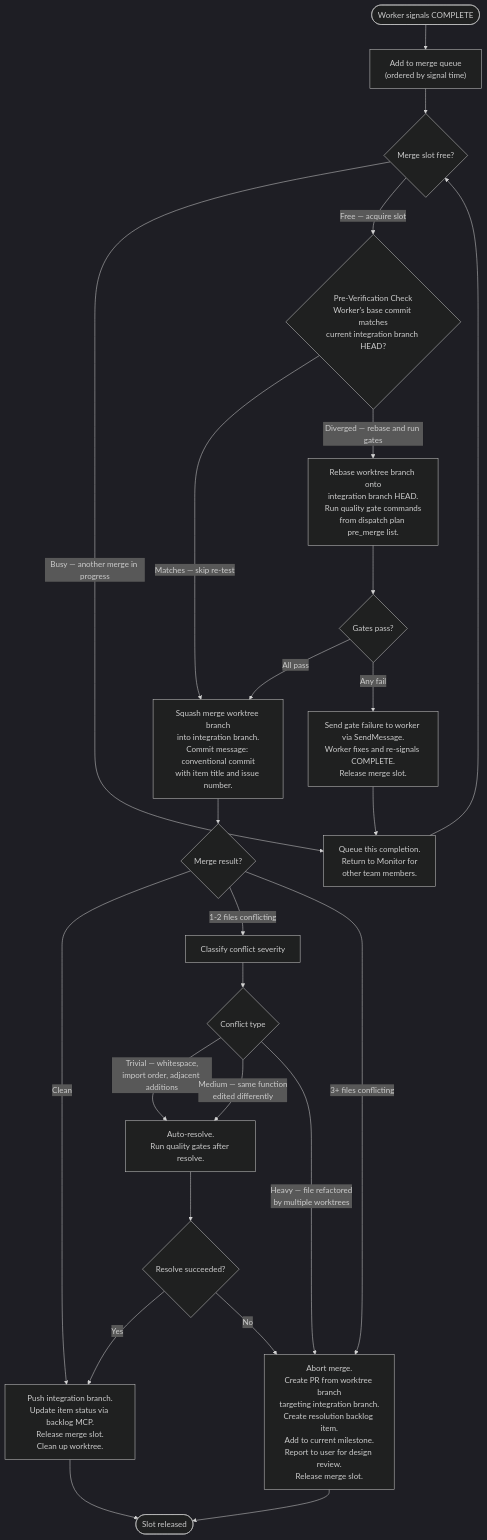
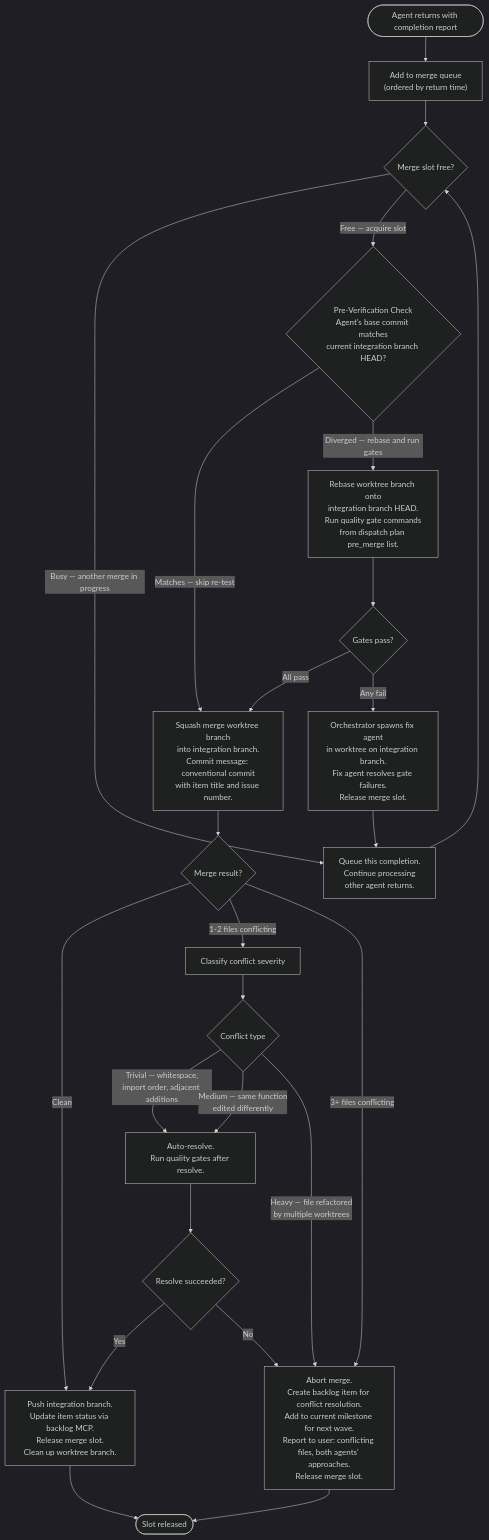
Before and after one commit to chgreer1070/claude_skills: the first of 2 diagrams in plugins/development-harness/skills/work-milestone/references/merge-queue-protocol.md, drawn with Mermaid (dark theme). The commit also changed other lines of this file and 15 other files, not shown here.

First line of the commit message:
feat(work-milestone): redesign from TeamCreate to worktree agent dispatch

````diff
--- a/plugins/development-harness/skills/work-milestone/references/merge-queue-protocol.md
+++ b/plugins/development-harness/skills/work-milestone/references/merge-queue-protocol.md
@@ -7,39 +12,39 @@
 ```mermaid
 flowchart TD
-    Signal(["Worker signals COMPLETE"]) --> Queue["Add to merge queue<br>(ordered by signal time)"]
+    Signal(["Agent returns with completion report"]) --> Queue["Add to merge queue<br>(ordered by return time)"]
     Queue --> Slot{"Merge slot free?"}
-    Slot -->|"Busy — another merge in progress"| Wait["Queue this completion.<br>Return to Monitor for<br>other team members."]
+    Slot -->|"Busy — another merge in progress"| Wait["Queue this completion.<br>Continue processing<br>other agent returns."]
     Wait --> Slot
     Slot -->|"Free — acquire slot"| PreVerify
 
-    PreVerify{"Pre-Verification Check<br>Worker's base commit matches<br>current integration branch HEAD?"}
+    PreVerify{"Pre-Verification Check<br>Agent's base commit matches<br>current integration branch HEAD?"}
     PreVerify -->|"Matches — skip re-test"| AttemptMerge
     PreVerify -->|"Diverged — rebase and run gates"| RunGates
 
     RunGates["Rebase worktree branch onto<br>integration branch HEAD.<br>Run quality gate commands<br>from dispatch plan pre_merge list."]
     RunGates --> GatesResult{"Gates pass?"}
     GatesResult -->|"All pass"| AttemptMerge
-    GatesResult -->|"Any fail"| GateFail["Send gate failure to worker via SendMessage.<br>Worker fixes and re-signals COMPLETE.<br>Release merge slot."]
+    GatesResult -->|"Any fail"| GateFail["Orchestrator spawns fix agent<br>in worktree on integration branch.<br>Fix agent resolves gate failures.<br>Release merge slot."]
     GateFail --> Wait
 
     AttemptMerge["Squash merge worktree branch<br>into integration branch.<br>Commit message: conventional commit<br>with item title and issue number."]
     AttemptMerge --> MergeResult{"Merge result?"}
 
-    MergeResult -->|"Clean"| Success["Push integration branch.<br>Update item status via backlog MCP.<br>Release merge slot.<br>Clean up worktree."]
+    MergeResult -->|"Clean"| Success["Push integration branch.<br>Update item status via backlog MCP.<br>Release merge slot.<br>Clean up worktree branch."]
 
     MergeResult -->|"1-2 files conflicting"| Classify["Classify conflict severity"]
     Classify --> Severity{"Conflict type"}
 
     Severity -->|"Trivial — whitespace,<br>import order, adjacent additions"| AutoResolve["Auto-resolve.<br>Run quality gates after resolve."]
     Severity -->|"Medium — same function<br>edited differently"| AutoResolve
     AutoResolve --> AutoResult{"Resolve succeeded?"}
     AutoResult -->|"Yes"| Success
     AutoResult -->|"No"| AssignBack
 
     Severity -->|"Heavy — file refactored<br>by multiple worktrees"| AssignBack
     MergeResult -->|"3+ files conflicting"| AssignBack
 
-    AssignBack["Abort merge.<br>Create PR from worktree branch<br>targeting integration branch.<br>Create resolution backlog item.<br>Add to current milestone.<br>Report to user for design review.<br>Release merge slot."]
+    AssignBack["Abort merge.<br>Create backlog item for conflict resolution.<br>Add to current milestone for next wave.<br>Report to user: conflicting files, both agents' approaches.<br>Release merge slot."]
     AssignBack --> Done(["Slot released"])
     Success --> Done
 ```
````
